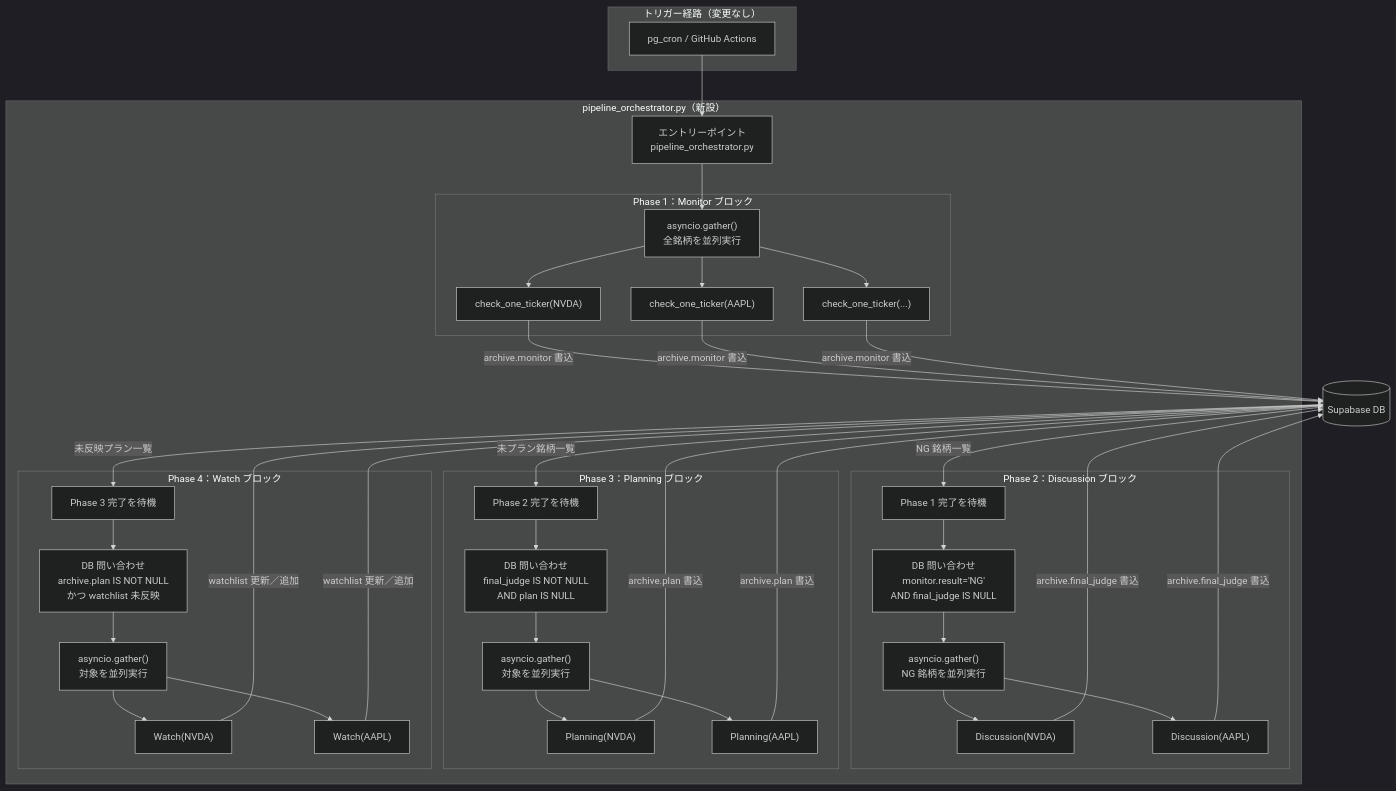
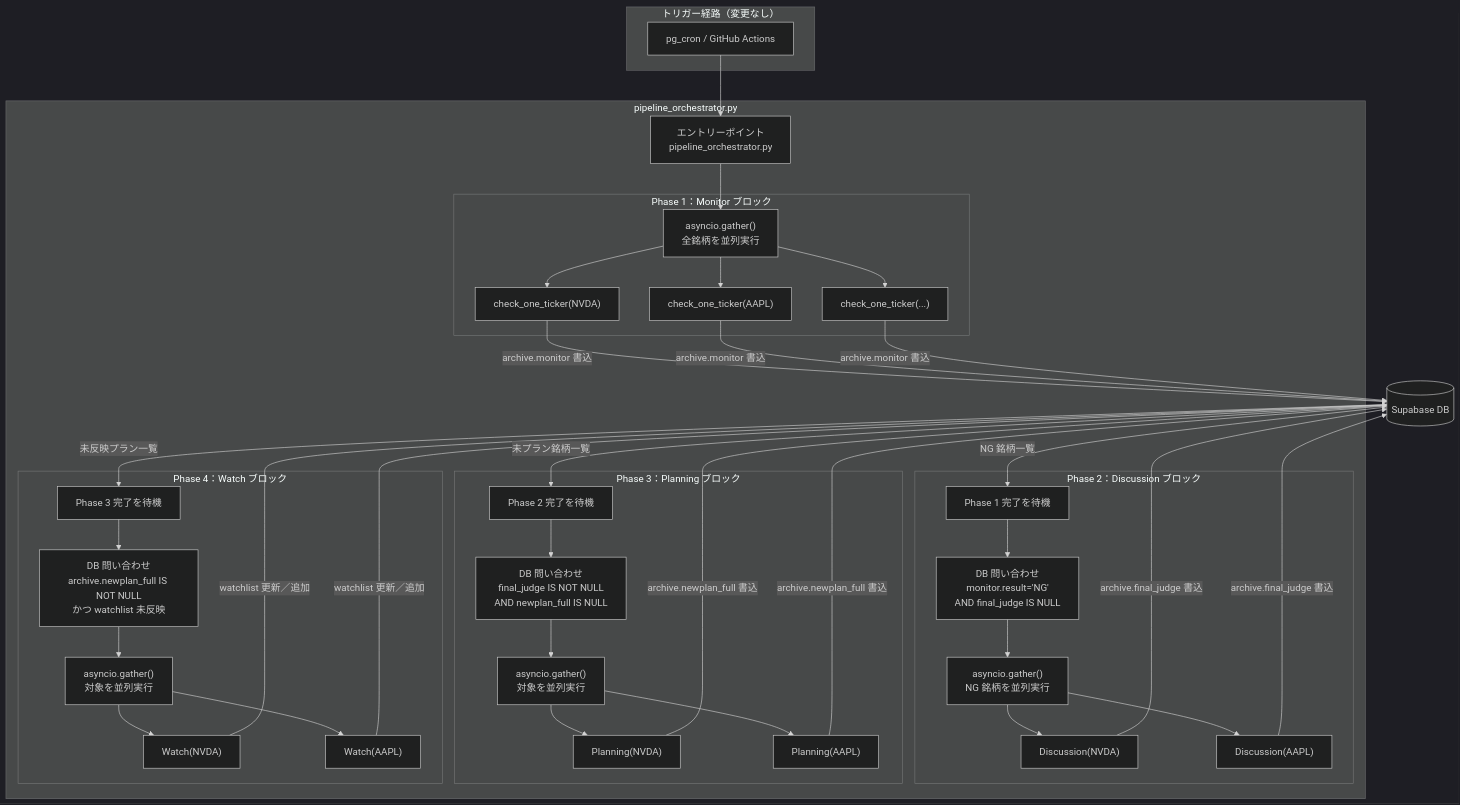
One commit to oSUiMiNo/Kabu-Trading1 changed the diagram in MyDocs/新アーキテクチャ設計.md. Above: the diagram before and after it, drawn with Mermaid (dark theme). The commit also changed other lines of this file and 1 other file, not shown here.

````diff
--- a/MyDocs/新アーキテクチャ設計.md
+++ b/MyDocs/新アーキテクチャ設計.md
@@ -28,57 +28,57 @@
 ```mermaid
 flowchart TD
     subgraph TRIGGER["トリガー経路（変更なし）"]
         PGCRON["pg_cron / GitHub Actions"]
     end
 
     PGCRON --> PO
 
-    subgraph PIPELINE["pipeline_orchestrator.py（新設）"]
+    subgraph PIPELINE["pipeline_orchestrator.py"]
         PO["エントリーポイント\npipeline_orchestrator.py"]
 
         subgraph PHASE1["Phase 1：Monitor ブロック"]
             GATHER1["asyncio.gather()\n全銘柄を並列実行"]
             M1["check_one_ticker(NVDA)"]
             M2["check_one_ticker(AAPL)"]
             MN["check_one_ticker(...)"]
             GATHER1 --> M1 & M2 & MN
         end
 
         subgraph PHASE2["Phase 2：Discussion ブロック"]
             WAIT1["Phase 1 完了を待機"]
             QUERY1["DB 問い合わせ\nmonitor.result='NG'\nAND final_judge IS NULL"]
             GATHER2["asyncio.gather()\nNG 銘柄を並列実行"]
             D1["Discussion(NVDA)"]
             D2["Discussion(AAPL)"]
             WAIT1 --> QUERY1 --> GATHER2 --> D1 & D2
         end
 
         subgraph PHASE3["Phase 3：Planning ブロック"]
             WAIT2["Phase 2 完了を待機"]
-            QUERY2["DB 問い合わせ\nfinal_judge IS NOT NULL\nAND plan IS NULL"]
+            QUERY2["DB 問い合わせ\nfinal_judge IS NOT NULL\nAND newplan_full IS NULL"]
             GATHER3["asyncio.gather()\n対象を並列実行"]
             P1["Planning(NVDA)"]
             P2["Planning(AAPL)"]
             WAIT2 --> QUERY2 --> GATHER3 --> P1 & P2
         end
 
         subgraph PHASE4["Phase 4：Watch ブロック"]
             WAIT3["Phase 3 完了を待機"]
-            QUERY3["DB 問い合わせ\narchive.plan IS NOT NULL\nかつ watchlist 未反映"]
+            QUERY3["DB 問い合わせ\narchive.newplan_full IS NOT NULL\nかつ watchlist 未反映"]
             GATHER4["asyncio.gather()\n対象を並列実行"]
             W1["Watch(NVDA)"]
             W2["Watch(AAPL)"]
             WAIT3 --> QUERY3 --> GATHER4 --> W1 & W2
         end
 
         PO --> GATHER1
     end
 
     M1 & M2 & MN -->|"archive.monitor 書込"| DB[("Supabase DB")]
     DB -->|"NG 銘柄一覧"| WAIT1
     D1 & D2 -->|"archive.final_judge 書込"| DB
     DB -->|"未プラン銘柄一覧"| WAIT2
-    P1 & P2 -->|"archive.plan 書込"| DB
+    P1 & P2 -->|"archive.newplan_full 書込"| DB
     DB -->|"未反映プラン一覧"| WAIT3
     W1 & W2 -->|"watchlist 更新／追加"| DB
 ```
````
